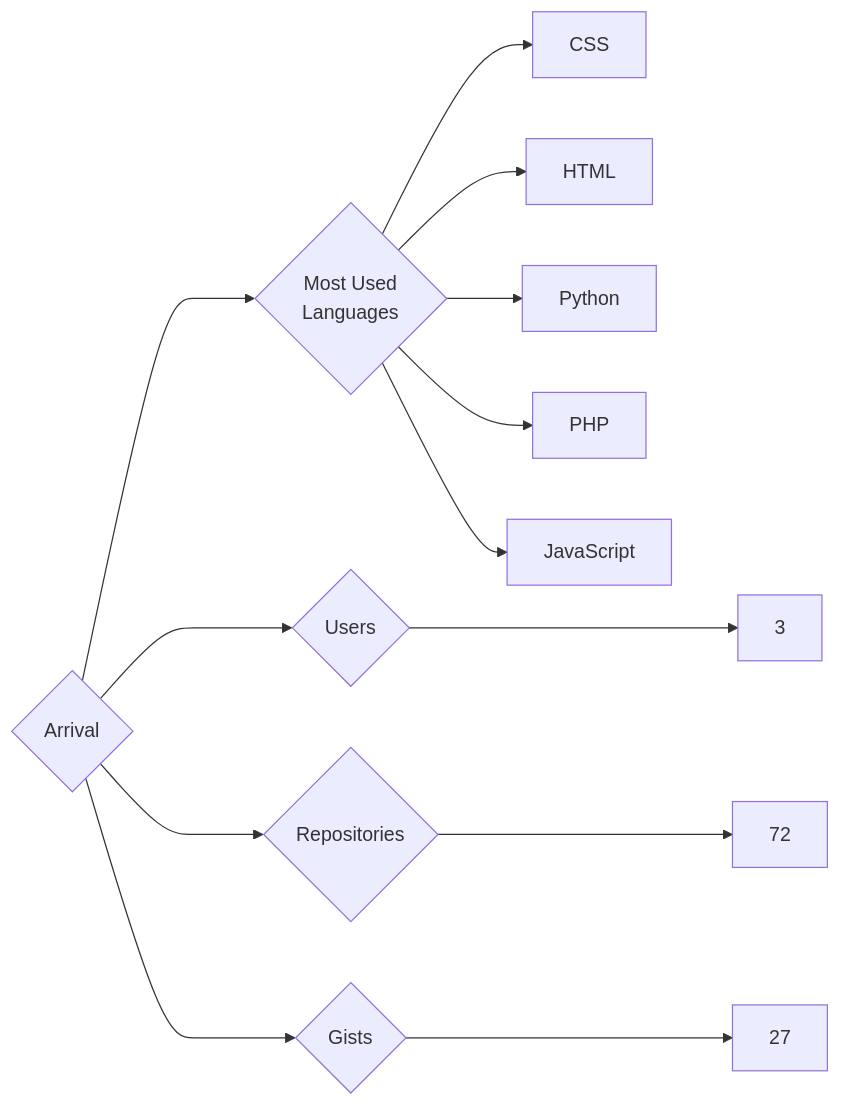
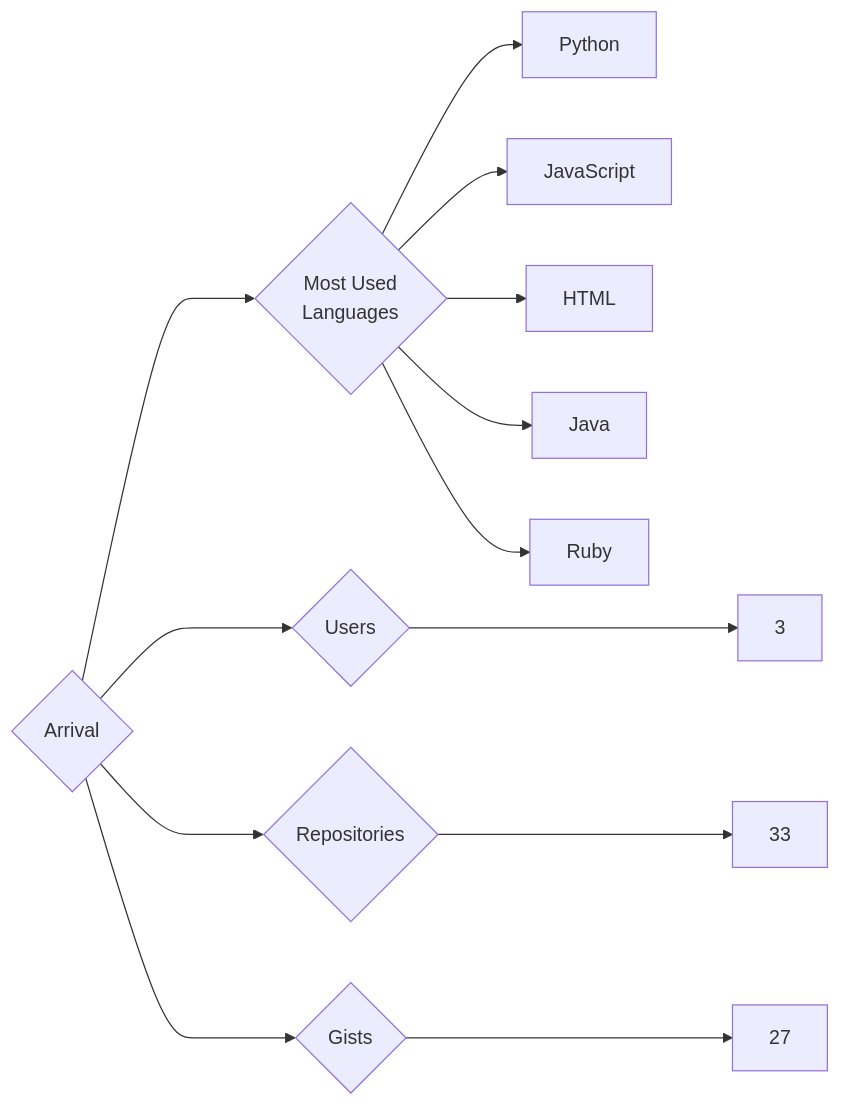
The diagram in targets/Arrival/README.md (trickest/insiders), drawn with Mermaid before and after one commit. The commit also changed 938 other files, not shown here.

````diff
--- a/targets/Arrival/README.md
+++ b/targets/Arrival/README.md
@@ -3,13 +3,13 @@
 ```mermaid
 graph LR
 COMPANY_NAME{Arrival}
 COMPANY_NAME ---> U{Users} ---> UN[3]
-COMPANY_NAME ---> R{Repositories} ---> RN[72]
+COMPANY_NAME ---> R{Repositories} ---> RN[33]
 COMPANY_NAME ---> G{Gists} ---> GN[27]
 COMPANY_NAME ---> ML{Most Used<br>Languages}
-ML --> CSS[CSS]
+ML --> Python[Python]
+ML --> JavaScript[JavaScript]
 ML --> HTML[HTML]
-ML --> Python[Python]
-ML --> PHP[PHP]
-ML --> JavaScript[JavaScript]
+ML --> Java[Java]
+ML --> Ruby[Ruby]
 ```
````
